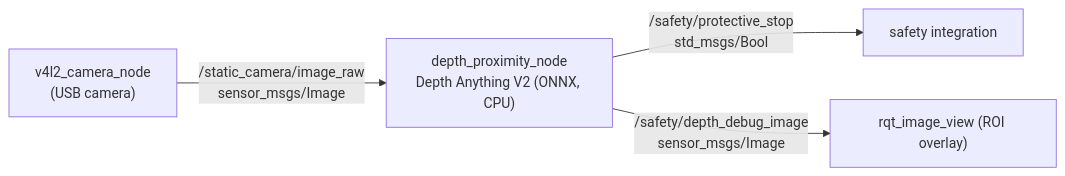
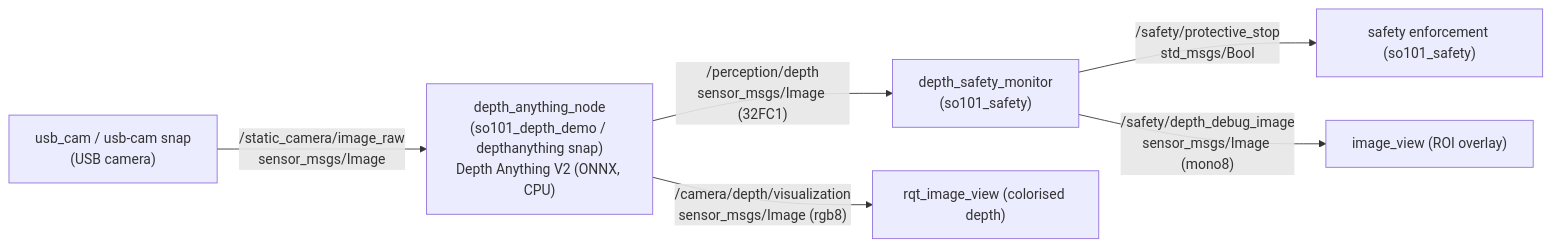
Before and after one commit to giusebar/so101-ros-physical-ai: the third of 5 diagrams in docs/servo_teleop_architecture.md, drawn with Mermaid. The commit also changed other lines of this file and 24 other files, not shown here.

Commit message:
introduce so101_safety node decoupled from the depth package

````diff
--- a/docs/servo_teleop_architecture.md
+++ b/docs/servo_teleop_architecture.md
@@ -188,6 +189,8 @@
 ```mermaid
 flowchart LR
-    CAM["v4l2_camera_node<br/>(USB camera)"] -->|"/static_camera/image_raw<br/>sensor_msgs/Image"| PROX["depth_proximity_node<br/>Depth Anything V2 (ONNX, CPU)"]
-    PROX -->|"/safety/protective_stop<br/>std_msgs/Bool"| GATE["safety integration"]
-    PROX -->|"/safety/depth_debug_image<br/>sensor_msgs/Image"| VIEW["rqt_image_view (ROI overlay)"]
+    CAM["usb_cam / usb-cam snap<br/>(USB camera)"] -->|"/static_camera/image_raw<br/>sensor_msgs/Image"| DA["depth_anything_node<br/>(so101_depth_demo / depthanything snap)<br/>Depth Anything V2 (ONNX, CPU)"]
+    DA -->|"/perception/depth<br/>sensor_msgs/Image (32FC1)"| MON["depth_safety_monitor<br/>(so101_safety)"]
+    DA -->|"/camera/depth/visualization<br/>sensor_msgs/Image (rgb8)"| VIZ["rqt_image_view (colorised depth)"]
+    MON -->|"/safety/protective_stop<br/>std_msgs/Bool"| GATE["safety enforcement (so101_safety)"]
+    MON -->|"/safety/depth_debug_image<br/>sensor_msgs/Image (mono8)"| VIEW["image_view (ROI overlay)"]
 ```
````
